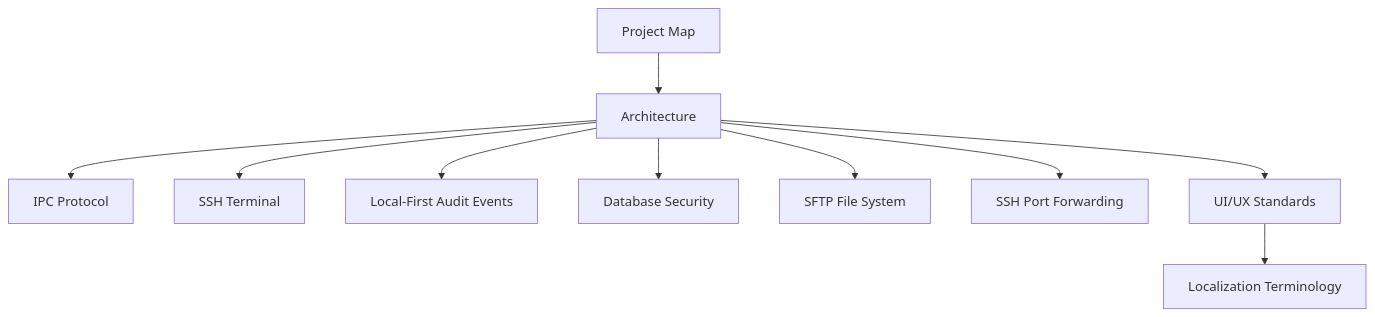
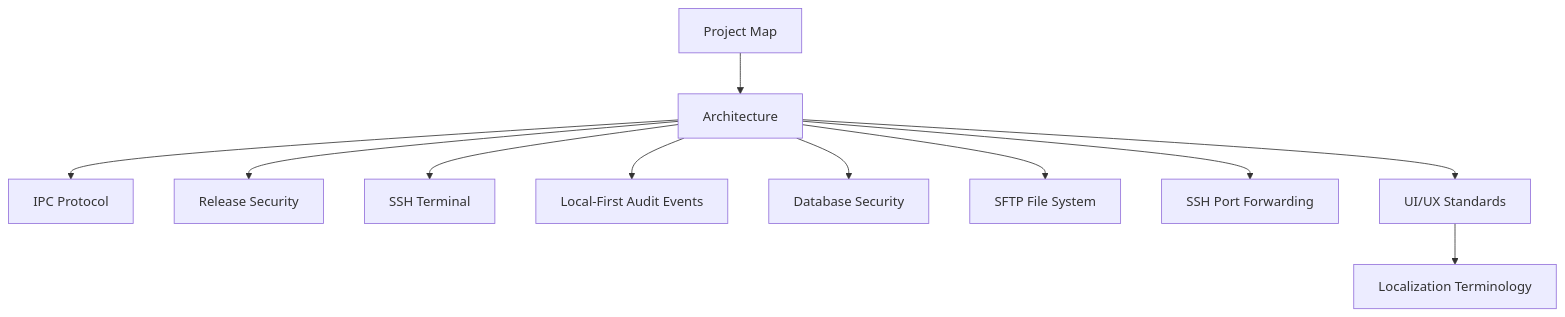
One commit to XYZ1024-alt/Cosmosh changed the diagram in docs/developer/index.md. Above: the diagram before and after it, drawn with Mermaid. The commit also changed other lines of this file and 18 other files, not shown here.

````diff
--- a/docs/developer/index.md
+++ b/docs/developer/index.md
@@ -7,12 +7,13 @@
 ```mermaid
 flowchart TD
   A[Project Map] --> B[Architecture]
   B --> C[IPC Protocol]
+  B --> K[Release Security]
   B --> D[SSH Terminal]
   B --> H[Local-First Audit Events]
   B --> G[Database Security]
   B --> E[SFTP File System]
   B --> I[SSH Port Forwarding]
   B --> F[UI/UX Standards]
   F --> J[Localization Terminology]
 ```
````
